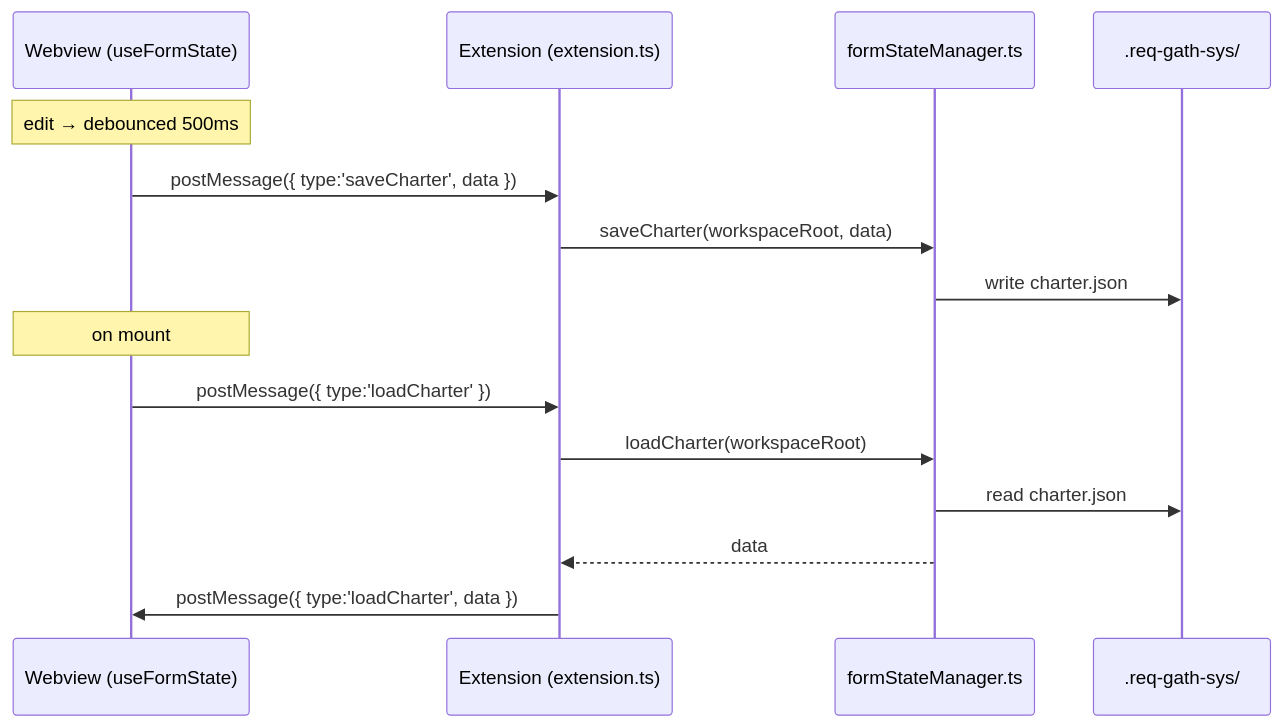
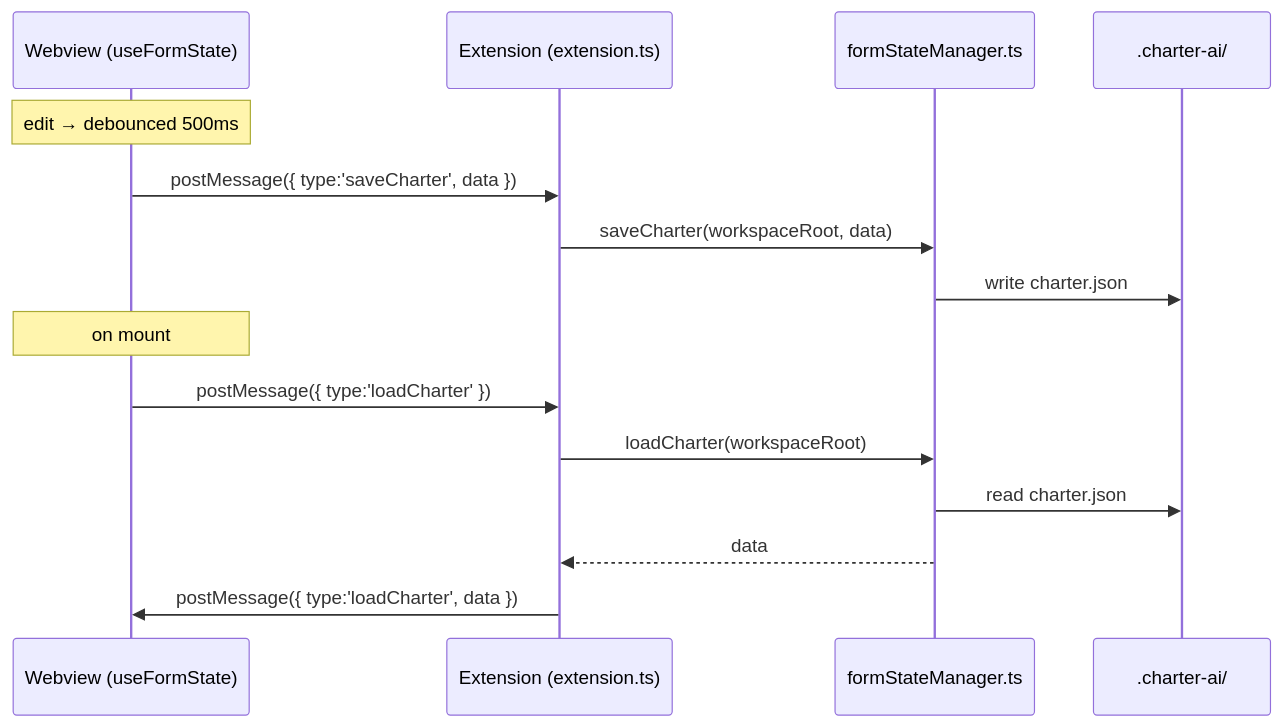
One commit to MoneebbYCh/CharterAi changed the third of 4 diagrams in ARCHITECTURE.md. Above: the diagram before and after it, drawn with Mermaid. The commit also changed other lines of this file and 66 other files, not shown here.

````diff
--- a/ARCHITECTURE.md
+++ b/ARCHITECTURE.md
@@ -131,18 +131,18 @@
 ```mermaid
 sequenceDiagram
   participant W as Webview (useFormState)
   participant E as Extension (extension.ts)
   participant FSM as formStateManager.ts
-  participant FS as .req-gath-sys/
+  participant FS as .charter-ai/
 
   Note over W: edit → debounced 500ms
   W->>E: postMessage({ type:'saveCharter', data })
   E->>FSM: saveCharter(workspaceRoot, data)
   FSM->>FS: write charter.json
   Note over W: on mount
   W->>E: postMessage({ type:'loadCharter' })
   E->>FSM: loadCharter(workspaceRoot)
   FSM->>FS: read charter.json
   FSM-->>E: data
   E->>W: postMessage({ type:'loadCharter', data })
 ```
````
